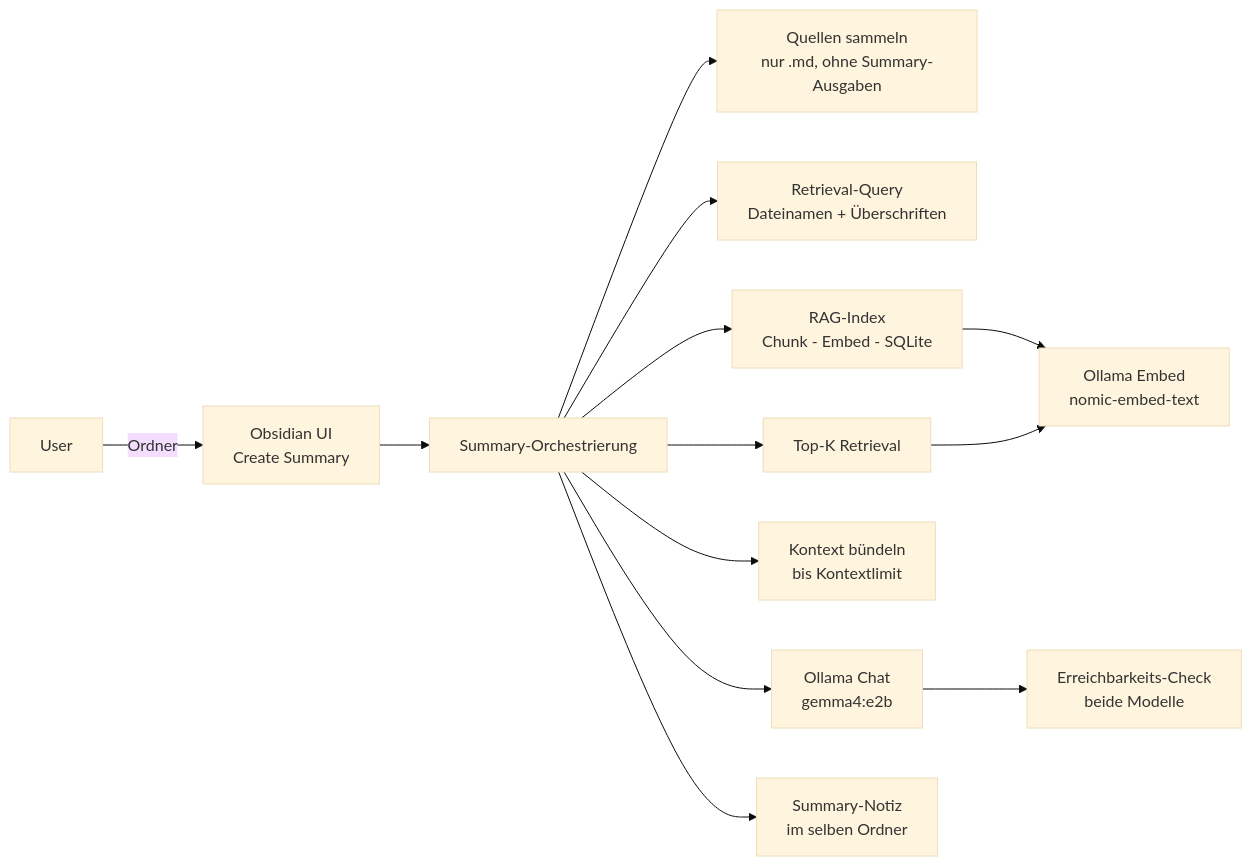
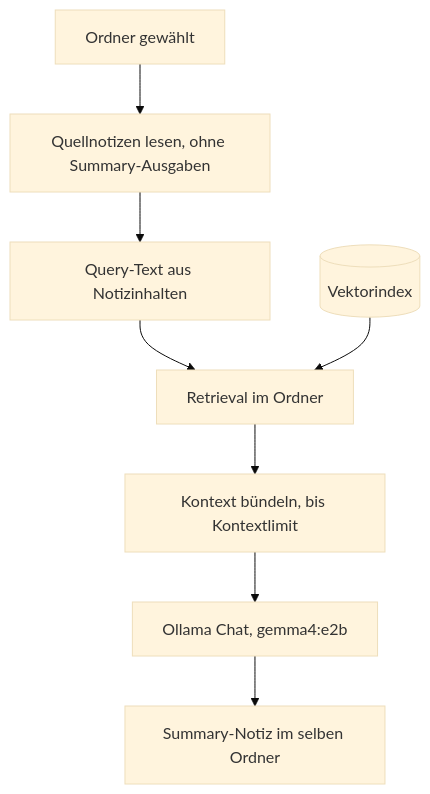
One commit to YannikG/ffhs-gkisw-obsidian-plugin changed the second of 2 diagrams in docs/architecture.md. Above: the diagram before and after it, drawn with Mermaid (base theme). The commit also changed other lines of this file and 7 other files, not shown here.

````diff
--- a/docs/architecture.md
+++ b/docs/architecture.md
@@ -17,15 +30,10 @@
 ```mermaid
-flowchart LR
-  User -->|Ordner| UI[Obsidian UI\nCreate Summary]
-  UI --> Orch[Summary-Orchestrierung]
-  Orch --> Scan[Quellen sammeln\nnur .md, ohne Summary-Ausgaben]
-  Orch --> Query[Retrieval-Query\nDateinamen + Überschriften]
-  Orch --> Index[RAG-Index\nChunk - Embed - SQLite]
-  Orch --> Retrieve[Top-K Retrieval]
-  Orch --> Ctx[Kontext bündeln\nbis Kontextlimit]
-  Orch --> LLM[Ollama Chat\ngemma4:e2b]
-  Orch --> Out[Summary-Notiz\nim selben Ordner]
-  Index --> Emb[Ollama Embed\nnomic-embed-text]
-  Retrieve --> Emb
-  LLM --> Check[Erreichbarkeits-Check\nbeide Modelle]
+flowchart TD
+  Folder[Ordner gewählt] --> Sources[Quellnotizen lesen, ohne Summary-Ausgaben]
+  Sources --> Query[Query-Text aus Notizinhalten]
+  Query --> Retrieve[Retrieval im Ordner]
+  Index[(Vektorindex)] --> Retrieve
+  Retrieve --> Context[Kontext bündeln, bis Kontextlimit]
+  Context --> Chat[Ollama Chat, gemma4:e2b]
+  Chat --> Output[Summary-Notiz im selben Ordner]
 ```
````
